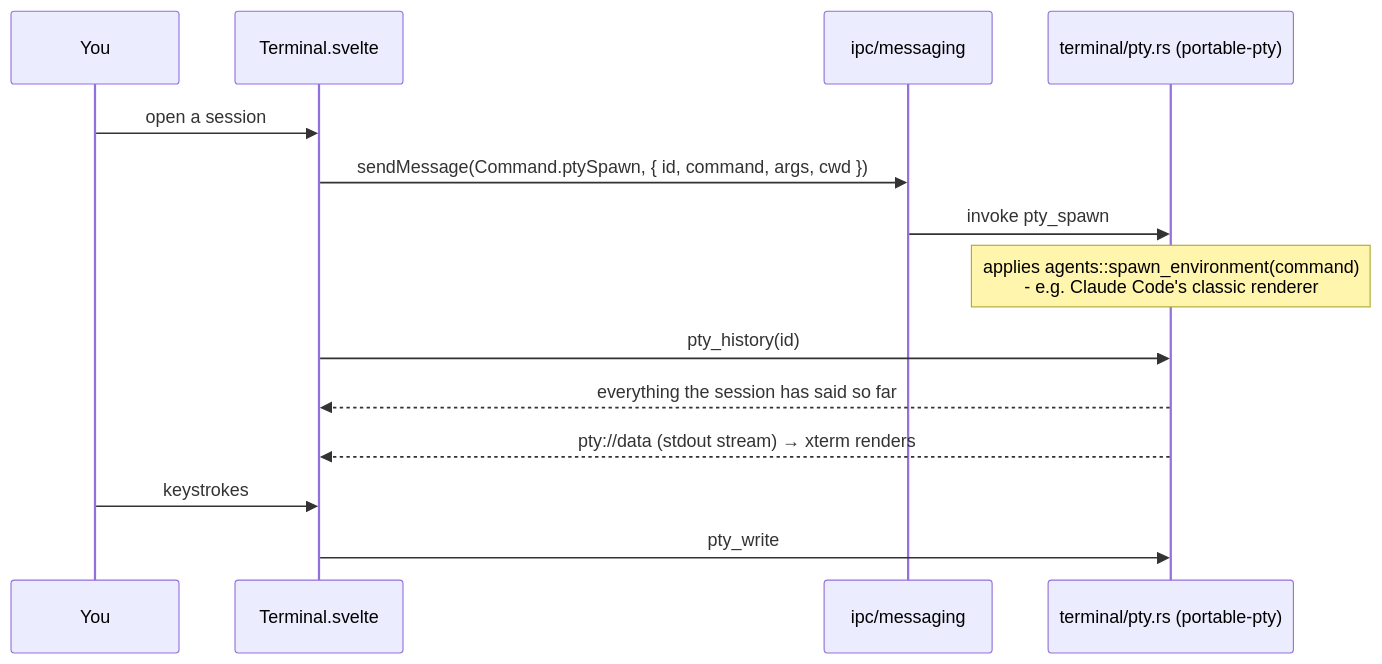
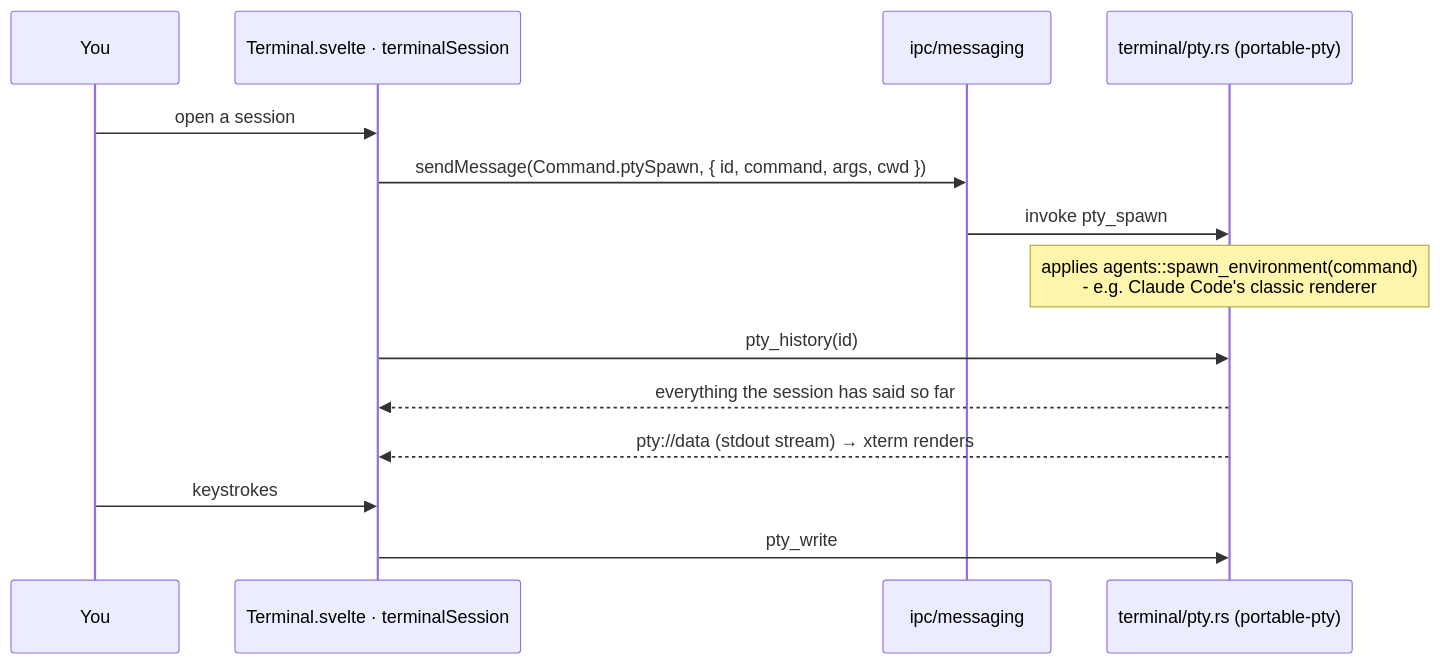
One commit to avi12/pade changed the fifth of 10 diagrams in ARCHITECTURE.md. Above: the diagram before and after it, drawn with Mermaid. The commit also changed other lines of this file, not shown here.

First line of the commit message:
docs(architecture): map the modules split out of the large components

````diff
--- a/ARCHITECTURE.md
+++ b/ARCHITECTURE.md
@@ -172,16 +173,16 @@
 ```mermaid
 sequenceDiagram
   participant You
-  participant T as Terminal.svelte
+  participant T as Terminal.svelte · terminalSession
   participant B as ipc/messaging
   participant R as terminal/pty.rs (portable-pty)
   You->>T: open a session
   T->>B: sendMessage(Command.ptySpawn, { id, command, args, cwd })
   B->>R: invoke pty_spawn
   Note over R: applies agents::spawn_environment(command)<br/>- e.g. Claude Code's classic renderer
   T->>R: pty_history(id)
   R-->>T: everything the session has said so far
   R-->>T: pty://data (stdout stream) → xterm renders
   You->>T: keystrokes
   T->>R: pty_write
 ```
````
